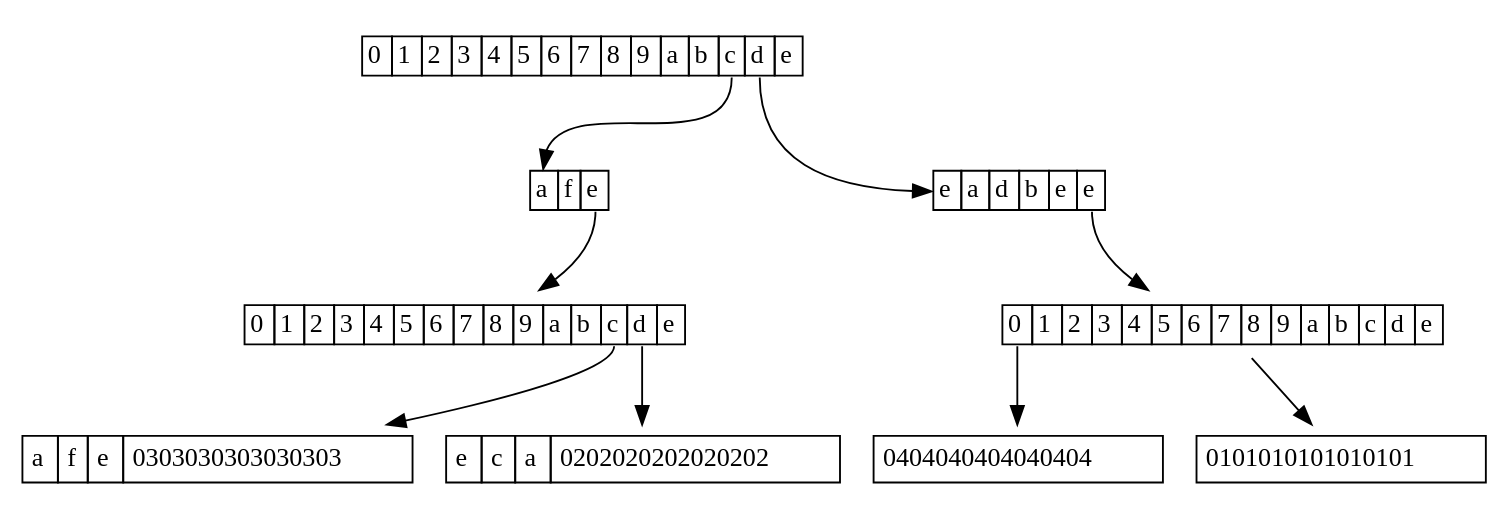
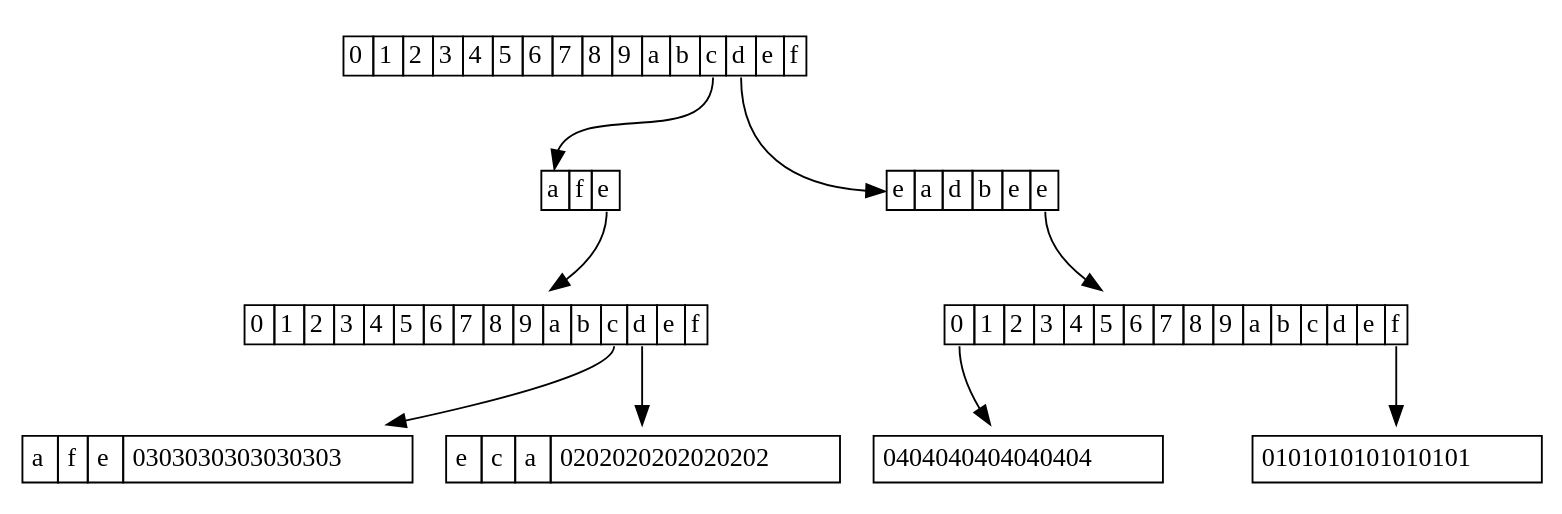
Before and after one commit to gballet/presentations: the diagram in devcon/devconv/eth2_ee/devcontree.dot, drawn with Graphviz. The commit also changed 10 other files, not shown here.

```diff
--- a/devcon/devconv/eth2_ee/devcontree.dot
+++ b/devcon/devconv/eth2_ee/devcontree.dot
@@ -1,22 +1,22 @@
 digraph D {
 	node [shape="box",label="hash"];
 
-	branch [shape=none,label=<<table border="0" cellborder="1" cellspacing="0"><tr><td port="0">0</td><td port="1">1</td><td port="2">2</td><td port="3">3</td><td port="4">4</td><td port="5">5</td><td port="6">6</td><td port="7">7</td><td port="8">8</td><td port="9">9</td><td port="10">a</td><td port="11">b</td><td port="12">c</td><td port="13">d</td><td port="14">e</td></tr></table>>]
-	branch0c0a0f0e [shape=none,label=<<table border="0" cellborder="1" cellspacing="0"><tr><td port="0">0</td><td port="1">1</td><td port="2">2</td><td port="3">3</td><td port="4">4</td><td port="5">5</td><td port="6">6</td><td port="7">7</td><td port="8">8</td><td port="9">9</td><td port="10">a</td><td port="11">b</td><td port="12">c</td><td port="13">d</td><td port="14">e</td></tr></table>>]
+	branch [shape=none,label=<<table border="0" cellborder="1" cellspacing="0"><tr><td port="0">0</td><td port="1">1</td><td port="2">2</td><td port="3">3</td><td port="4">4</td><td port="5">5</td><td port="6">6</td><td port="7">7</td><td port="8">8</td><td port="9">9</td><td port="10">a</td><td port="11">b</td><td port="12">c</td><td port="13">d</td><td port="14">e</td><td port="15">f</td></tr></table>>]
+	branch0c0a0f0e [shape=none,label=<<table border="0" cellborder="1" cellspacing="0"><tr><td port="0">0</td><td port="1">1</td><td port="2">2</td><td port="3">3</td><td port="4">4</td><td port="5">5</td><td port="6">6</td><td port="7">7</td><td port="8">8</td><td port="9">9</td><td port="10">a</td><td port="11">b</td><td port="12">c</td><td port="13">d</td><td port="14">e</td><td port="15">f</td></tr></table>>]
 	leaf0c0a0f0e0c [shape=none,margin=0,label=<<table border="0" cellborder="1" cellspacing="0" cellpadding="4"><tr><td port="0">a</td><td port="1">f</td><td port="2">e</td><td>0303030303030303</td></tr></table>>]
 	leaf0c0a0f0e0d [shape=none,margin=0,label=<<table border="0" cellborder="1" cellspacing="0" cellpadding="4"><tr><td port="0">e</td><td port="1">c</td><td port="2">a</td><td>0202020202020202</td></tr></table>>]
 	extension0c [shape=none,label=<<table border="0" cellspacing="0" cellborder="1"><tr><td port="0">a</td><td port="1">f</td><td port="2">e</td></tr></table>>]
-	branch0d0e0a0d0b0e0e [shape=none,label=<<table border="0" cellborder="1" cellspacing="0"><tr><td port="0">0</td><td port="1">1</td><td port="2">2</td><td port="3">3</td><td port="4">4</td><td port="5">5</td><td port="6">6</td><td port="7">7</td><td port="8">8</td><td port="9">9</td><td port="10">a</td><td port="11">b</td><td port="12">c</td><td port="13">d</td><td port="14">e</td></tr></table>>]
+	branch0d0e0a0d0b0e0e [shape=none,label=<<table border="0" cellborder="1" cellspacing="0"><tr><td port="0">0</td><td port="1">1</td><td port="2">2</td><td port="3">3</td><td port="4">4</td><td port="5">5</td><td port="6">6</td><td port="7">7</td><td port="8">8</td><td port="9">9</td><td port="10">a</td><td port="11">b</td><td port="12">c</td><td port="13">d</td><td port="14">e</td><td port="15">f</td></tr></table>>]
 	leaf0d0e0a0d0b0e0e00 [shape=none,margin=0,label=<<table border="0" cellborder="1" cellspacing="0" cellpadding="4"><tr><td>0404040404040404</td></tr></table>>]
 	leaf0d0e0a0d0b0e0e0f [shape=none,margin=0,label=<<table border="0" cellborder="1" cellspacing="0" cellpadding="4"><tr><td>0101010101010101</td></tr></table>>]
 	extension0d [shape=none,label=<<table border="0" cellspacing="0" cellborder="1"><tr><td port="0">e</td><td port="1">a</td><td port="2">d</td><td port="3">b</td><td port="4">e</td><td port="5">e</td></tr></table>>]
 
 	extension0c:2 -> branch0c0a0f0e
 	branch0c0a0f0e:12 -> leaf0c0a0f0e0c
 	branch0c0a0f0e:13 -> leaf0c0a0f0e0d
 	branch:12 -> extension0c:0
 	extension0d:5 -> branch0d0e0a0d0b0e0e
 	branch0d0e0a0d0b0e0e:0 -> leaf0d0e0a0d0b0e0e00
 	branch0d0e0a0d0b0e0e:15 -> leaf0d0e0a0d0b0e0e0f
 	branch:13 -> extension0d:0
 }
```
